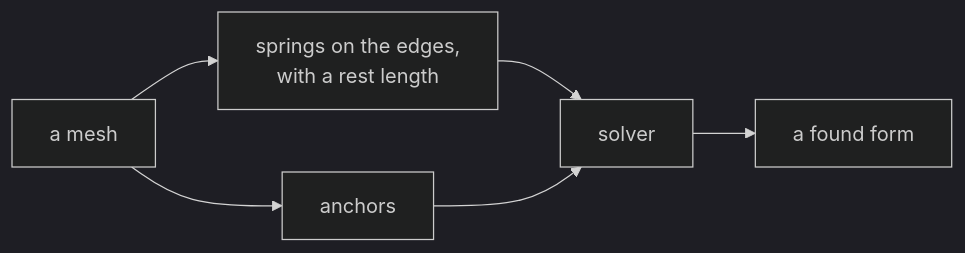
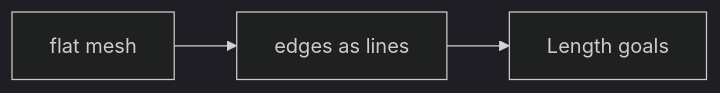
Before and after one commit to rccn-teaching/cdf: the second of 4 diagrams in Lecture/Week_13/goals.md, drawn with Mermaid (dark theme). The commit also changed other lines of this file and 23 other files, not shown here.

Commit message:
Refactor lecture materials for Weeks 13-15: update README and goals to enhance clarity and structure; adjust session objectives and commands; improve flowcharts and voting processes for better engagement and understanding.

````diff
--- a/Lecture/Week_13/goals.md
+++ b/Lecture/Week_13/goals.md
@@ -32,8 +34,7 @@
 ```mermaid
 flowchart LR
-    M["a mesh"] --> E["springs on the edges,<br/>with a rest length"]
-    M --> A["anchors"]
-    E --> S["solver"]
-    A --> S
-    S --> R["a found form"]
+    M0["flat mesh"]
+    E1["edges as lines"]
+    L2["Length goals"]
+    M0 --> E1 --> L2
 ```
````
